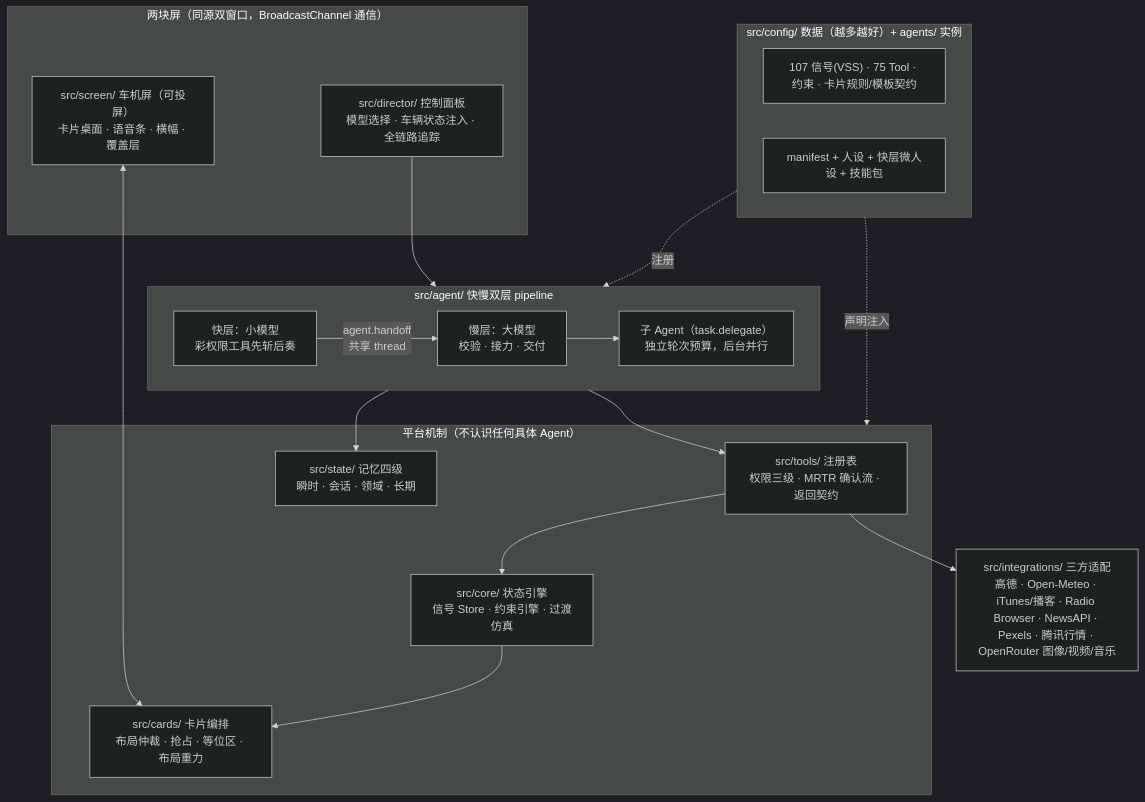
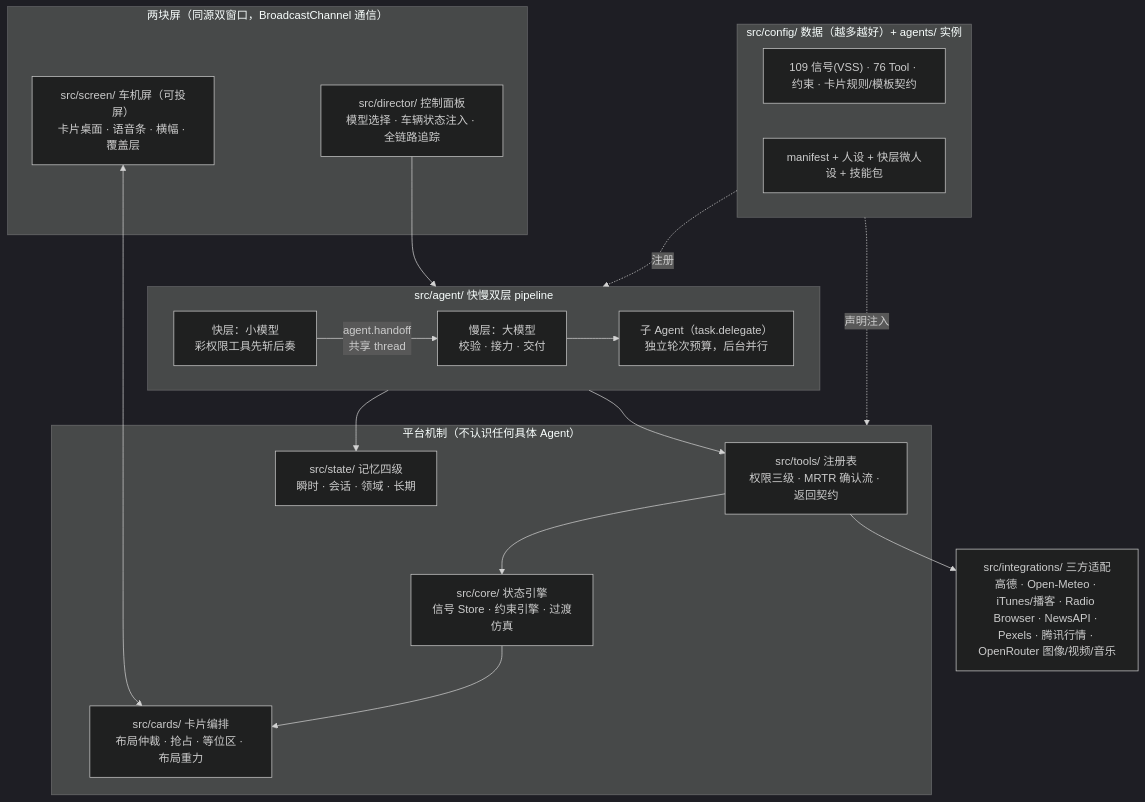
Before and after one commit to yancent-dao/cockpit-agent-sim: the diagram in README.md, drawn with Mermaid (dark theme). The commit also changed other lines of this file and 9 other files, not shown here.

````diff
--- a/README.md
+++ b/README.md
@@ -46,33 +46,33 @@
 ```mermaid
 flowchart TB
     subgraph UI["两块屏（同源双窗口，BroadcastChannel 通信）"]
         director["src/director/ 控制面板<br/>模型选择 · 车辆状态注入 · 全链路追踪"]
         screen["src/screen/ 车机屏（可投屏）<br/>卡片桌面 · 语音条 · 横幅 · 覆盖层"]
     end
     subgraph AGENT["src/agent/ 快慢双层 pipeline"]
         fast["快层：小模型<br/>彩权限工具先斩后奏"]
         slow["慢层：大模型<br/>校验 · 接力 · 交付"]
         sub["子 Agent（task.delegate）<br/>独立轮次预算，后台并行"]
         fast -- "agent.handoff<br/>共享 thread" --> slow
         slow --> sub
     end
     subgraph PLATFORM["平台机制（不认识任何具体 Agent）"]
         tools["src/tools/ 注册表<br/>权限三级 · MRTR 确认流 · 返回契约"]
         core["src/core/ 状态引擎<br/>信号 Store · 约束引擎 · 过渡仿真"]
         cards["src/cards/ 卡片编排<br/>布局仲裁 · 抢占 · 等位区 · 布局重力"]
         state["src/state/ 记忆四级<br/>瞬时 · 会话 · 领域 · 长期"]
     end
     subgraph DATA["src/config/ 数据（越多越好）+ agents/ 实例"]
-        config["107 信号(VSS) · 75 Tool · 约束 · 卡片规则/模板契约"]
+        config["109 信号(VSS) · 76 Tool · 约束 · 卡片规则/模板契约"]
         manifest["manifest + 人设 + 快层微人设 + 技能包"]
     end
     integrations["src/integrations/ 三方适配<br/>高德 · Open-Meteo · iTunes/播客 · Radio Browser · NewsAPI · Pexels · 腾讯行情 · OpenRouter 图像/视频/音乐"]
 
     director --> AGENT
     screen <--> cards
     AGENT --> tools --> core --> cards
     tools --> integrations
     AGENT --> state
     DATA -.声明注入.-> PLATFORM
     DATA -.注册.-> AGENT
 ```
````
